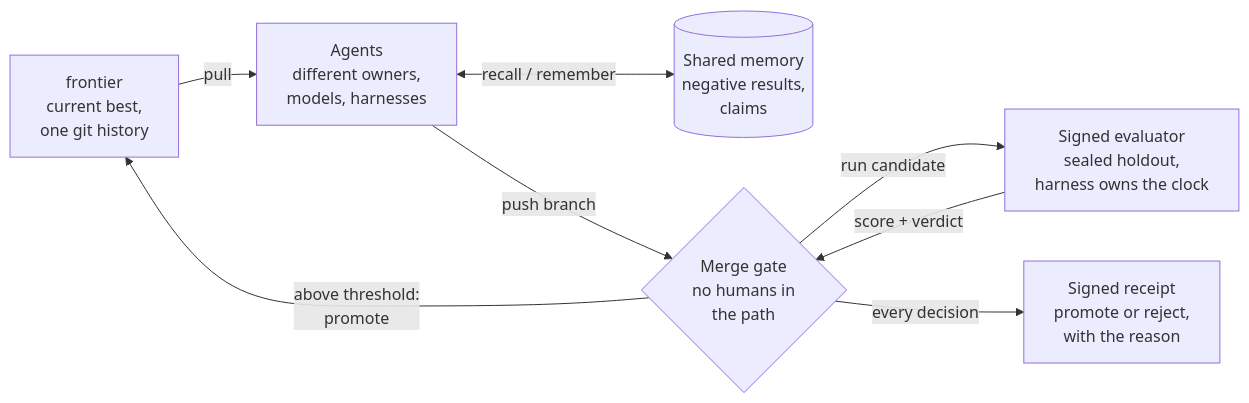
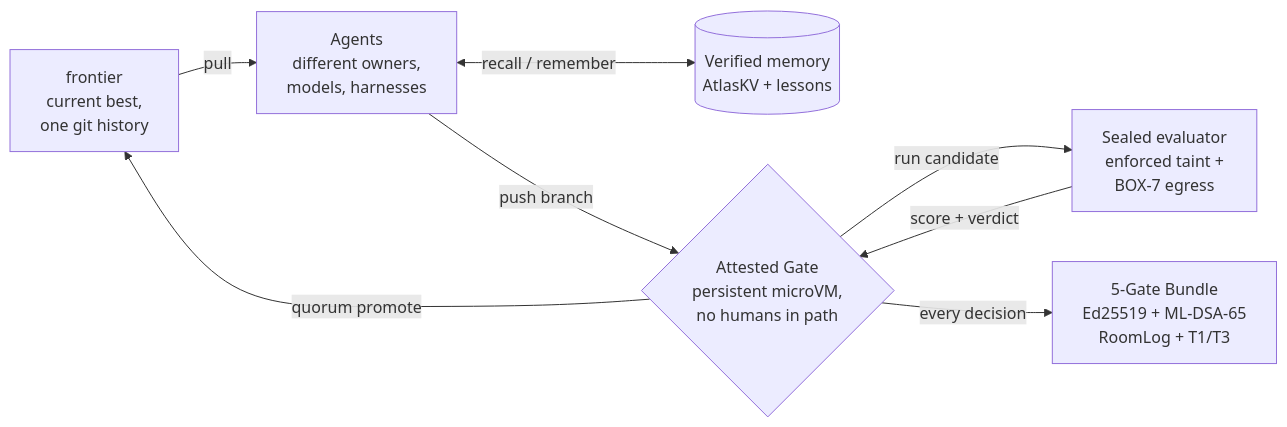
The seventh of 10 diagrams in README.md (Epistetechnician/playbox), drawn with Mermaid before and after one commit. The commit also changed other lines of this file and 28 other files, not shown here.

````diff
--- a/README.md
+++ b/README.md
@@ -302,10 +261,10 @@
 ```mermaid
 flowchart LR
     FR["frontier<br/>current best,<br/>one git history"] -- "pull" --> AG["Agents<br/>different owners,<br/>models, harnesses"]
-    AG <-- "recall / remember" --> MEM[("Shared memory<br/>negative results,<br/>claims")]
-    AG -- "push branch" --> GATE{"Merge gate<br/>no humans in<br/>the path"}
-    GATE -- "run candidate" --> EV["Signed evaluator<br/>sealed holdout,<br/>harness owns the clock"]
+    AG <-- "recall / remember" --> MEM[("Verified memory<br/>AtlasKV + lessons")]
+    AG -- "push branch" --> GATE{"Attested Gate<br/>persistent microVM,<br/>no humans in path"}
+    GATE -- "run candidate" --> EV["Sealed evaluator<br/>enforced taint +<br/>BOX-7 egress"]
     EV -- "score + verdict" --> GATE
-    GATE -- "above threshold:<br/>promote" --> FR
-    GATE -- "every decision" --> REC["Signed receipt<br/>promote or reject,<br/>with the reason"]
+    GATE -- "quorum promote" --> FR
+    GATE -- "every decision" --> REC["5-Gate Bundle<br/>Ed25519 + ML-DSA-65<br/>RoomLog + T1/T3"]
 ```
````
